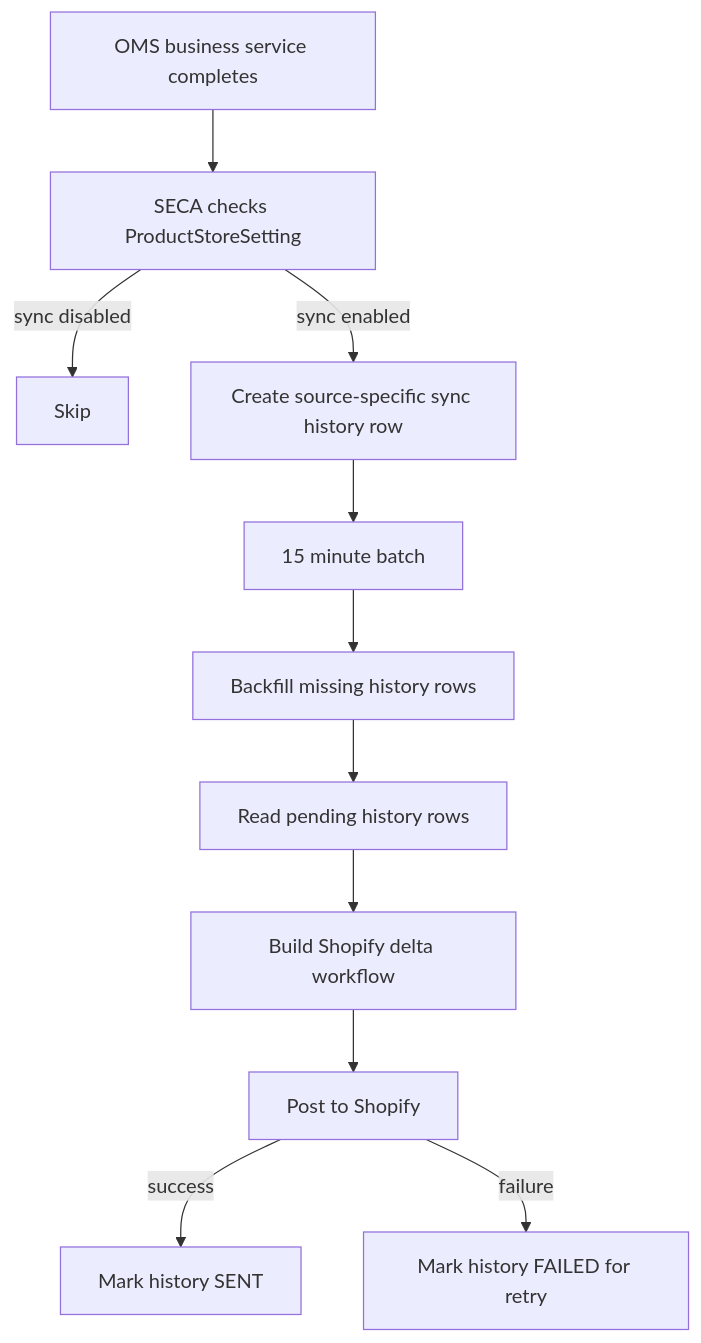
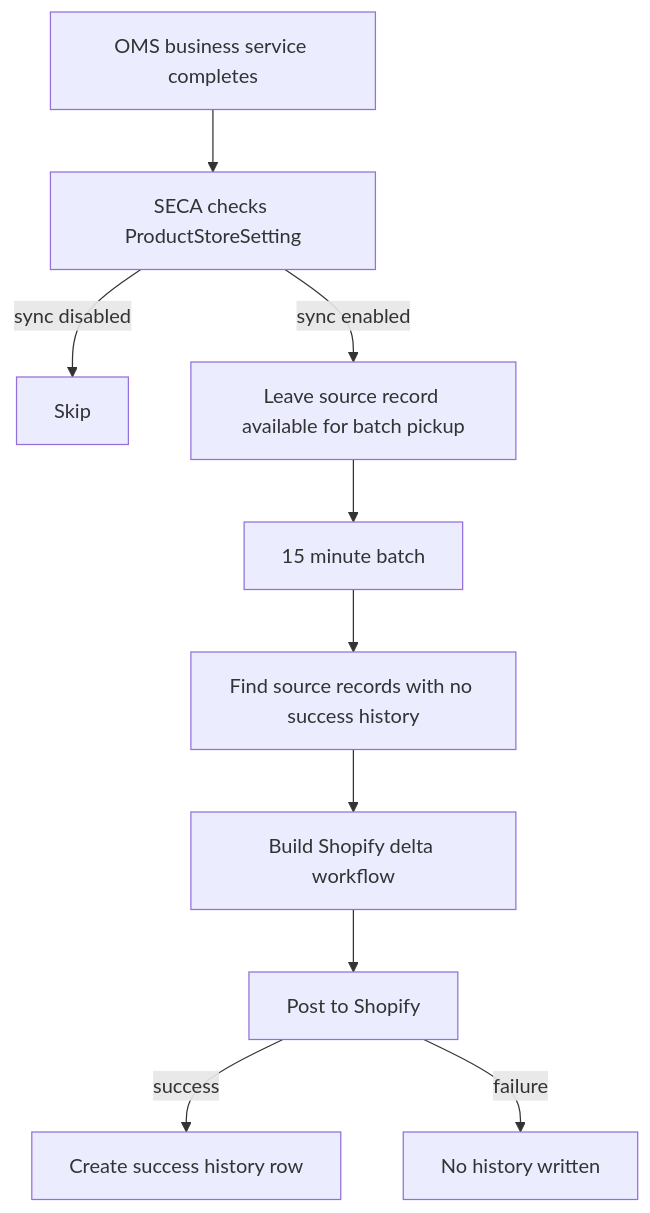
One commit to saastechacademy/foundation changed the first of 2 diagrams in project-ideas/shopify-integration/shopify-event-based-inventory-sync-triggers.md. Above: the diagram before and after it, drawn with Mermaid. The commit also changed other lines of this file, not shown here.

Commit message:
Simplify Shopify sync history behavior

````diff
--- a/project-ideas/shopify-integration/shopify-event-based-inventory-sync-triggers.md
+++ b/project-ideas/shopify-integration/shopify-event-based-inventory-sync-triggers.md
@@ -89,13 +89,12 @@
 ```mermaid
 flowchart TD
     A[OMS business service completes] --> B[SECA checks ProductStoreSetting]
     B -->|sync disabled| C[Skip]
-    B -->|sync enabled| D[Create source-specific sync history row]
+    B -->|sync enabled| D[Leave source record available for batch pickup]
     D --> E[15 minute batch]
-    E --> F[Backfill missing history rows]
-    F --> G[Read pending history rows]
-    G --> H[Build Shopify delta workflow]
-    H --> I[Post to Shopify]
-    I -->|success| J[Mark history SENT]
-    I -->|failure| K[Mark history FAILED for retry]
+    E --> F[Find source records with no success history]
+    F --> G[Build Shopify delta workflow]
+    G --> H[Post to Shopify]
+    H -->|success| I[Create success history row]
+    H -->|failure| J[No history written]
 ```
````
